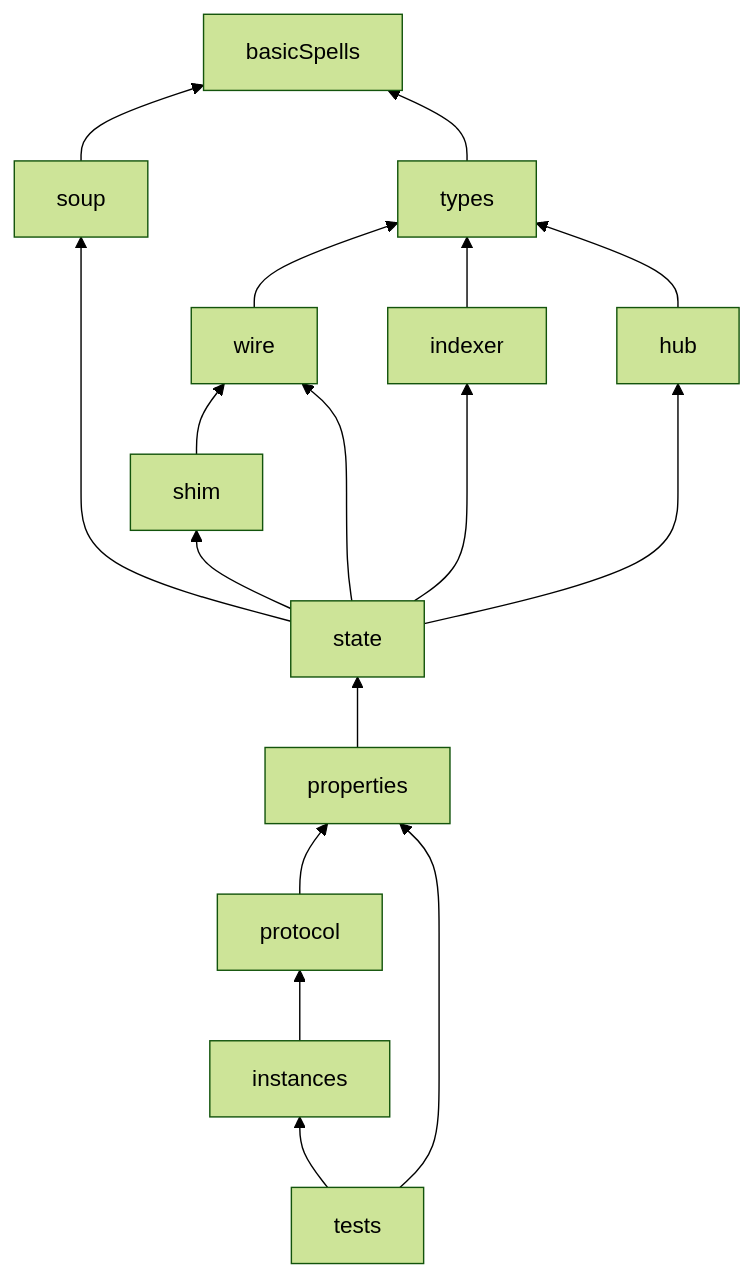
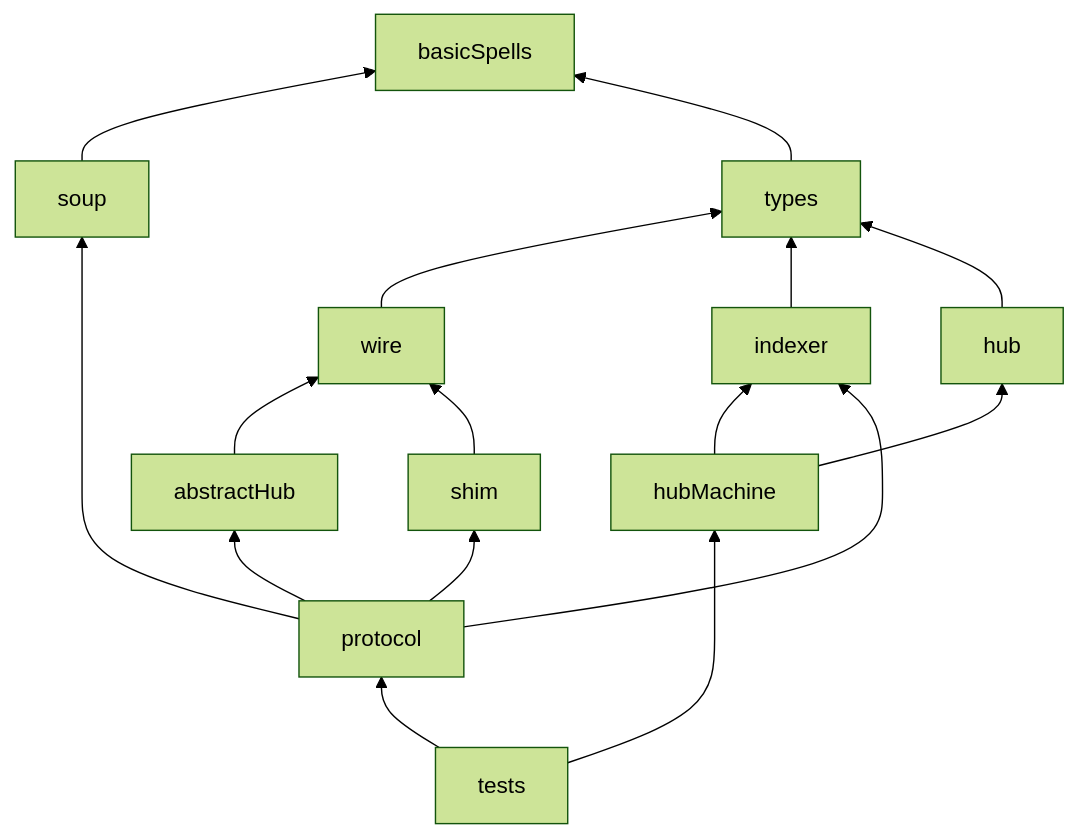
One commit to ShieldedLabs/zero changed the tenth of 10 diagrams in zeronym/spec/protocol/README.md. Above: the diagram before and after it, drawn with Mermaid (forest theme). The commit also changed other lines of this file and 8 other files, not shown here.

````diff
--- a/zeronym/spec/protocol/README.md
+++ b/zeronym/spec/protocol/README.md
@@ -430,19 +426,18 @@
 ```mermaid
 flowchart BT
     soup --> basicSpells
     types --> basicSpells
     wire --> types
     indexer --> types
     hub --> types
+    abstractHub --> wire
     shim --> wire
-    state --> soup
-    state --> wire
-    state --> indexer
-    state --> hub
-    state --> shim
-    properties --> state
-    protocol --> properties
-    instances --> protocol
-    tests --> instances
-    tests --> properties
+    hubMachine --> hub
+    hubMachine --> indexer
+    protocol --> soup
+    protocol --> indexer
+    protocol --> abstractHub
+    protocol --> shim
+    tests --> protocol
+    tests --> hubMachine
 ```
````
